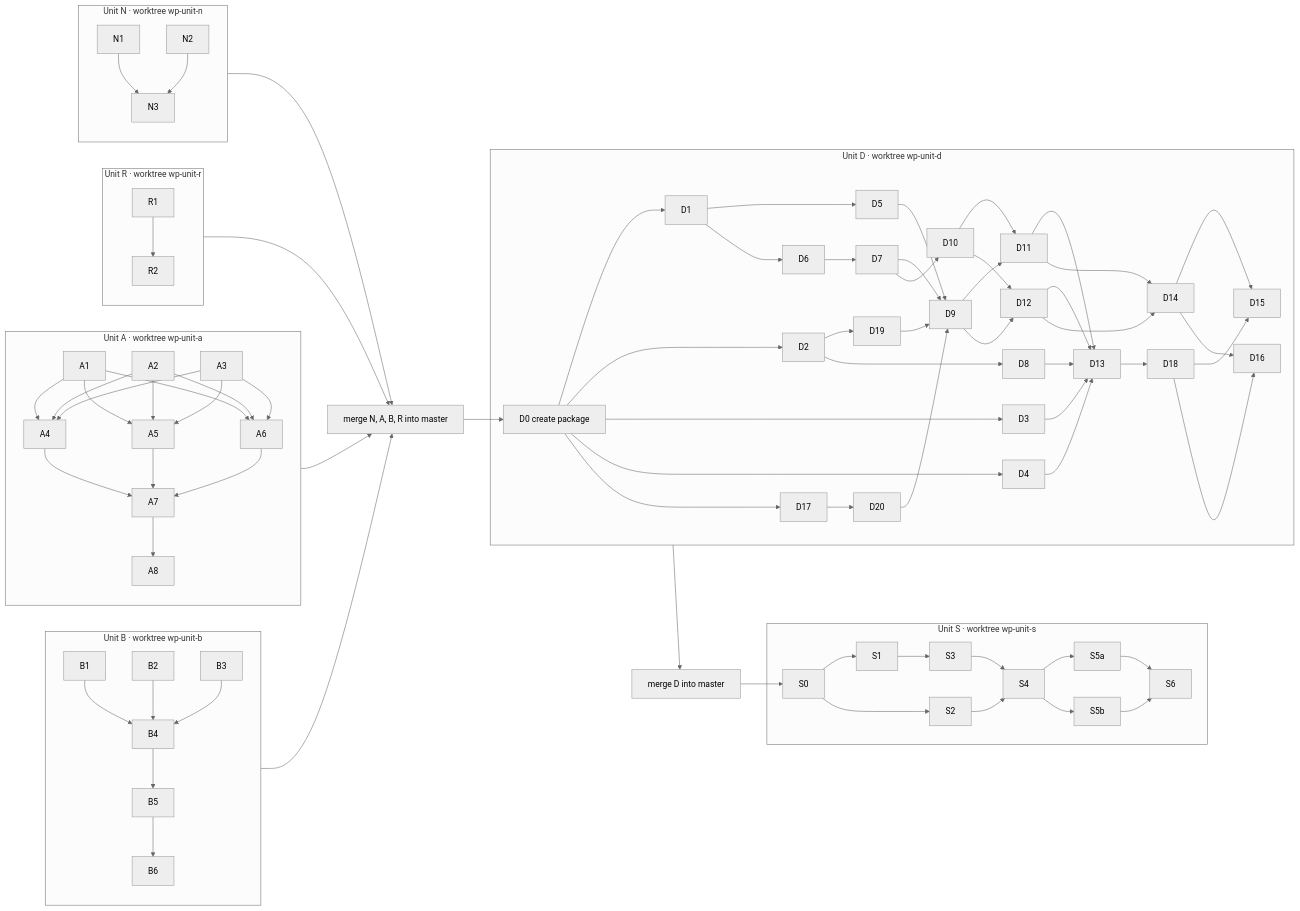
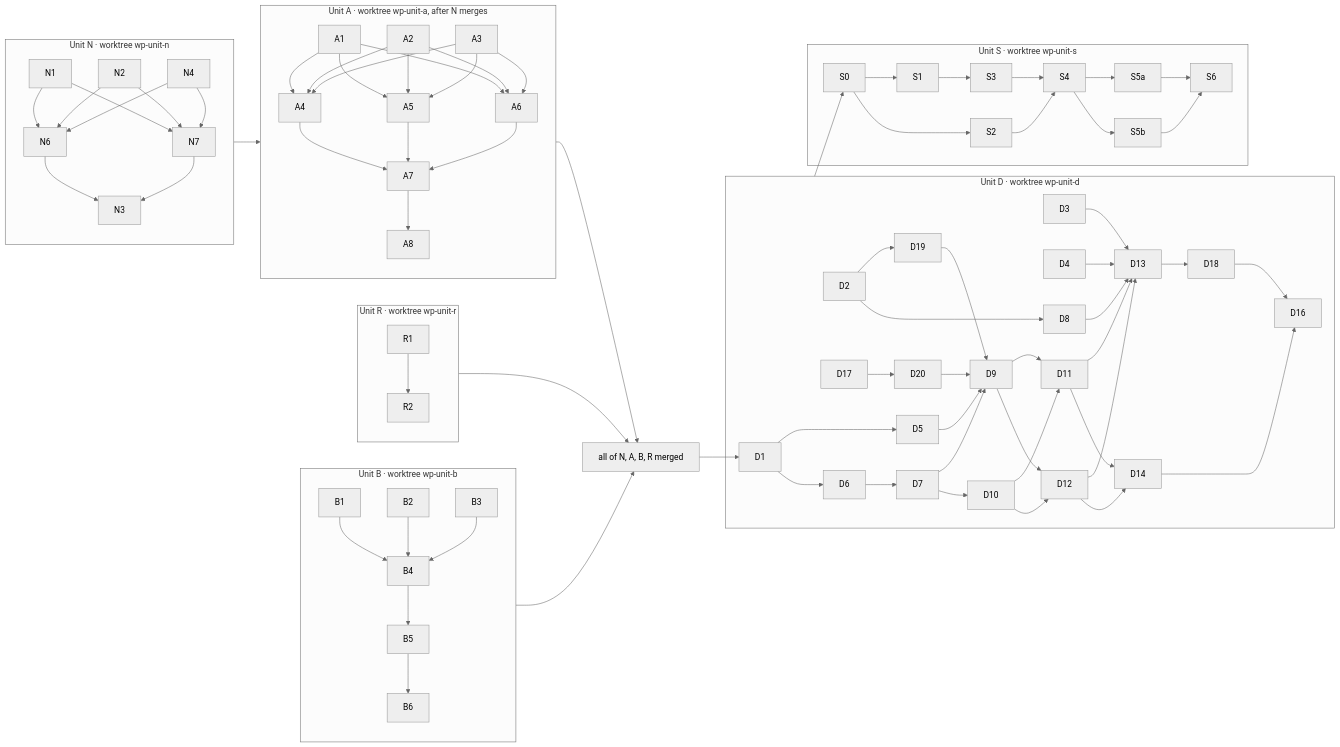
Before and after one commit to StupidIncarnate/codex-of-consentient-craft: the diagram in scrolls/ward-parallelization-and-load-balancer.md, drawn with Mermaid (neutral theme). The commit also changed other lines of this file and 1 other file, not shown here.

````diff
--- a/scrolls/ward-parallelization-and-load-balancer.md
+++ b/scrolls/ward-parallelization-and-load-balancer.md
@@ -360,41 +364,38 @@
 ```mermaid
 flowchart LR
   subgraph N[Unit N · worktree wp-unit-n]
-    N1 & N2 --> N3
-  end
-  subgraph A[Unit A · worktree wp-unit-a]
-    A1 & A2 & A3 --> A4 & A5 & A6 --> A7 --> A8
+N1 & N2 & N4 --> N6 & N7 --> N3
   end
   subgraph B[Unit B · worktree wp-unit-b]
     B1 & B2 & B3 --> B4 --> B5 --> B6
   end
 subgraph R[Unit R · worktree wp-unit-r]
 R1 --> R2
 end
-N --> MERGE[merge N, A, B, R into master]
-R --> MERGE
-  A --> MERGE
-  B --> MERGE
-  MERGE --> D0[D0 create package]
-  D --> MERGE2[merge D into master]
-  MERGE2 --> S0
-  subgraph S[Unit S · worktree wp-unit-s]
-  S0 --> S1 & S2
-  S1 --> S3
-  S2 & S3 --> S4 --> S5a & S5b --> S6
+N --> A
+subgraph A[Unit A · worktree wp-unit-a, after N merges]
+A1 & A2 & A3 --> A4 & A5 & A6 --> A7 --> A8
   end
+  A & B & R --> MERGE[all of N, A, B, R merged]
+MERGE --> D1
   subgraph D[Unit D · worktree wp-unit-d]
-  D0 --> D1 & D2 & D3 & D4 & D17
-  D2 --> D19
-  D17 --> D20
+D1 & D2 & D3 & D4 & D17
+D2 --> D19
+D17 --> D20
     D1 --> D5 & D6
     D2 --> D8
     D6 --> D7
 D5 & D7 & D19 & D20 --> D9
     D7 --> D10
     D9 & D10 --> D11 & D12
     D11 & D12 & D3 & D4 & D8 --> D13 --> D18
     D11 & D12 --> D14
-D18 & D14 --> D15 & D16
+D18 & D14 --> D16
+end
+D --> S0
+subgraph S[Unit S · worktree wp-unit-s]
+S0 --> S1 & S2
+S1 --> S3
+S2 & S3 --> S4 --> S5a & S5b --> S6
   end
 ```
````
